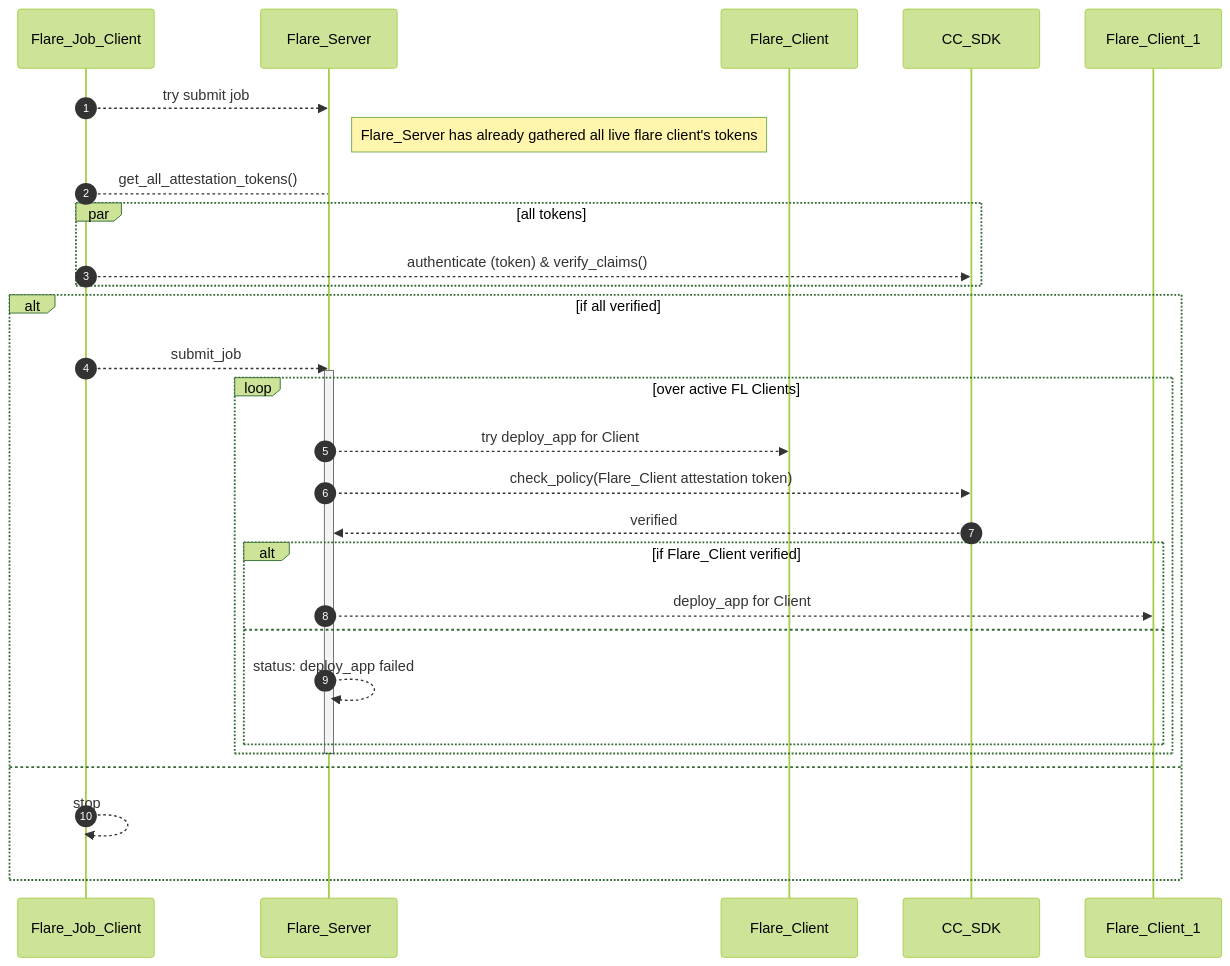
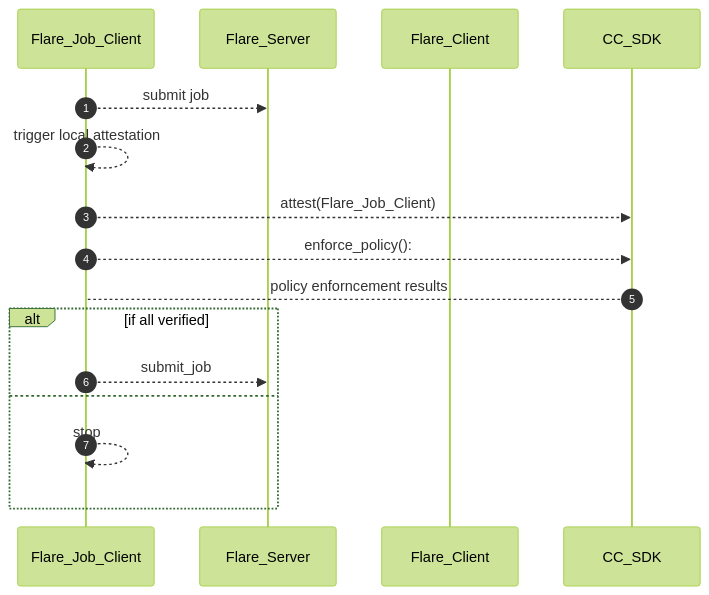
Before and after one commit to hitesh-ag1/NVFlare: diagram 13 of 13 in docs/confidential_computing/detailed_cc_sequence_diagram.md, drawn with Mermaid (forest theme). The commit also changed other lines of this file, not shown here.

Commit message:
Sequence diagram for CC

````diff
--- a/docs/confidential_computing/detailed_cc_sequence_diagram.md
+++ b/docs/confidential_computing/detailed_cc_sequence_diagram.md
@@ -244,35 +330,22 @@
 ```mermaid
 sequenceDiagram
    autonumber
     
     participant Flare_Job_Client
     participant Flare_Server
     participant Flare_Client
     participant CC_SDK
     
-    Flare_Job_Client -->> Flare_Server: try submit job
-    Note right of Flare_Server: Flare_Server has already gathered all live flare client's tokens
-    Flare_Job_Client --> Flare_Server : get_all_attestation_tokens()
-    par all tokens
-        Flare_Job_Client -->> CC_SDK: authenticate (token) & verify_claims()
-    end
+    Flare_Job_Client -->> Flare_Server: submit job
+    Flare_Job_Client -->> Flare_Job_Client: trigger local attestation 
+    Flare_Job_Client -->> CC_SDK: attest(Flare_Job_Client)
+    Flare_Job_Client -->> CC_SDK: enforce_policy(): 
+    CC_SDK --> Flare_Job_Client: policy enforncement results
     
     alt if all verified
         Flare_Job_Client -->> Flare_Server: submit_job
-        activate Flare_Server
-        loop over active FL Clients
-            Flare_Server -->> Flare_Client: try deploy_app for Client
-            Flare_Server -->> CC_SDK: check_policy(Flare_Client attestation token)
-            CC_SDK -->> Flare_Server: verified
-            alt if Flare_Client verified
-                Flare_Server -->> Flare_Client_1: deploy_app for Client
-            else
-                Flare_Server -->> Flare_Server: status: deploy_app failed
-            end
-        end
-        deactivate Flare_Server
     else
         Flare_Job_Client -->> Flare_Job_Client: stop
     end
    
 ```
````
